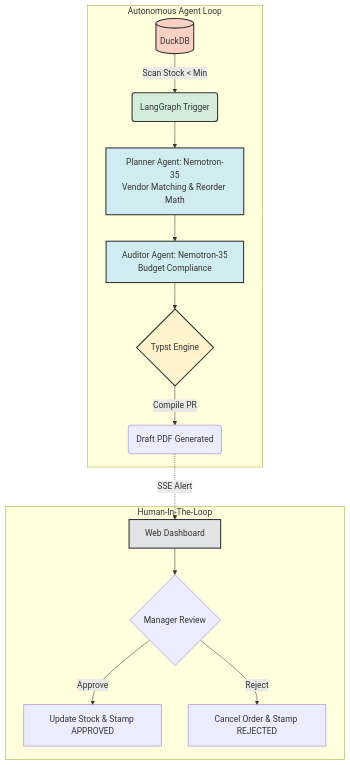
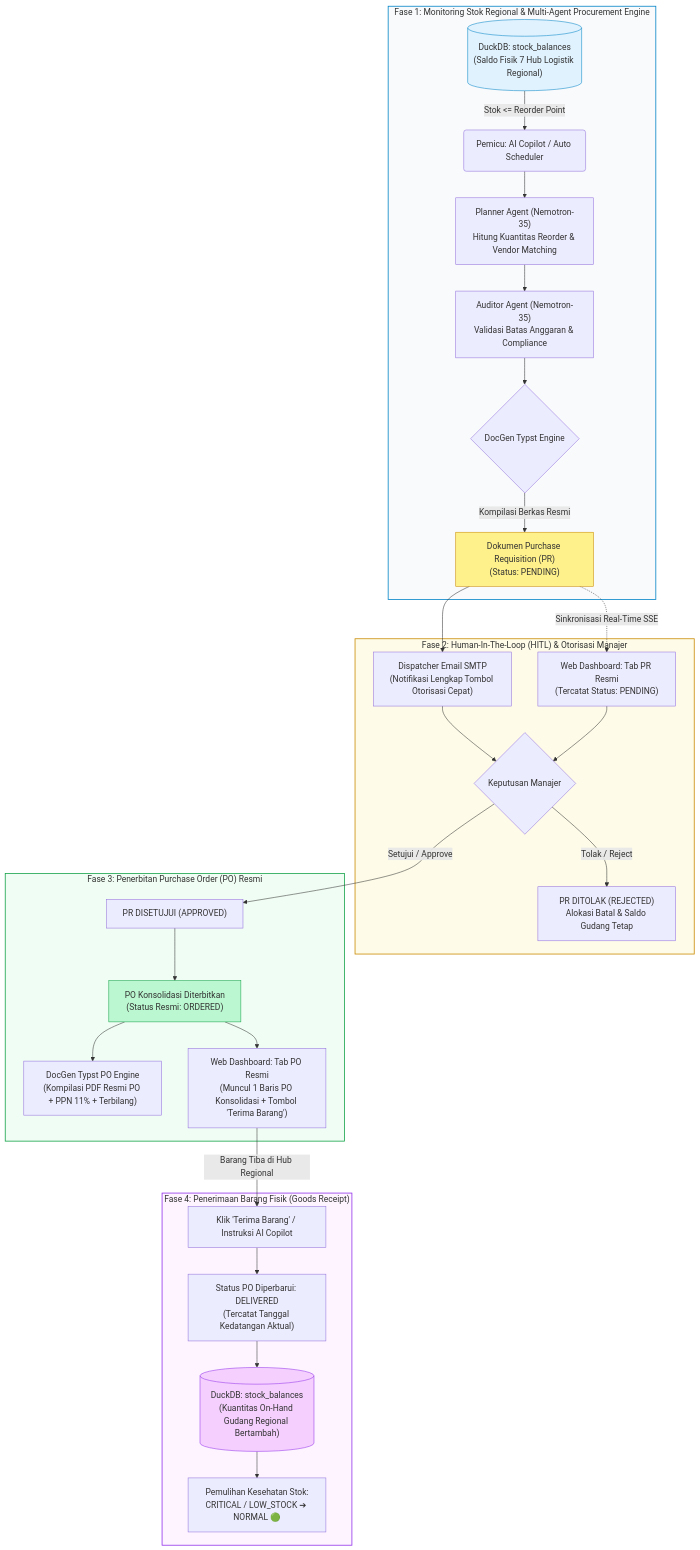
The diagram in README.md (daffaarigoh/AutoRestock-Agent), drawn with Mermaid before and after one commit. The commit also changed other lines of this file, not shown here.

Commit message:
docs: update README with perfected end-to-end multi-phase procurement flowchart and enterprise architecture

````diff
--- a/README.md
+++ b/README.md
@@ -40,24 +28,45 @@
 ```mermaid
 flowchart TD
-    subgraph Autonomous Agent Loop
-        A[(DuckDB)] -->|Scan Stock < Min| B(LangGraph Trigger)
-        B --> C[Planner Agent: Nemotron-35<br/>Vendor Matching & Reorder Math]
-        C --> D[Auditor Agent: Nemotron-35<br/>Budget Compliance]
-        D --> E{Typst Engine}
-        E -->|Compile PR| F(Draft PDF Generated)
+    %% FASE 1: MONITORING & MULTI-AGENT ORCHESTRATION
+    subgraph Phase1 ["Fase 1: Monitoring Stok Regional & Multi-Agent Procurement Engine"]
+        A[("DuckDB: stock_balances<br/>(Saldo Fisik 7 Hub Logistik Regional)")] -->|Stok <= Reorder Point| B("Pemicu: AI Copilot / Auto Scheduler")
+        B --> C["Planner Agent (Nemotron-35)<br/>Hitung Kuantitas Reorder & Vendor Matching"]
+        C --> D["Auditor Agent (Nemotron-35)<br/>Validasi Batas Anggaran & Compliance"]
+        D --> E{"DocGen Typst Engine"}
+        E -->|Kompilasi Berkas Resmi| F["Dokumen Purchase Requisition (PR)<br/>(Status: PENDING)"]
     end
-    
-    subgraph Human-In-The-Loop
-        F -.->|SSE Alert| G[Web Dashboard]
-        G --> H{Manager Review}
-        H -->|Approve| I[Update Stock & Stamp APPROVED]
-        H -->|Reject| J[Cancel Order & Stamp REJECTED]
+
+    %% FASE 2: HUMAN-IN-THE-LOOP APPROVAL
+    subgraph Phase2 ["Fase 2: Human-In-The-Loop (HITL) & Otorisasi Manajer"]
+        F --> G["Dispatcher Email SMTP<br/>(Notifikasi Lengkap Tombol Otorisasi Cepat)"]
+        F -.->|Sinkronisasi Real-Time SSE| H["Web Dashboard: Tab PR Resmi<br/>(Tercatat Status: PENDING)"]
+        G & H --> I{"Keputusan Manajer"}
+        I -->|Tolak / Reject| J["PR DITOLAK (REJECTED)<br/>Alokasi Batal & Saldo Gudang Tetap"]
     end
-    
-    style A fill:#f9d0c4,stroke:#333,stroke-width:2px
-    style B fill:#d4edda,stroke:#333,stroke-width:2px
-    style C fill:#d1ecf1,stroke:#333,stroke-width:2px
-    style D fill:#d1ecf1,stroke:#333,stroke-width:2px
-    style E fill:#fff3cd,stroke:#333,stroke-width:2px
-    style G fill:#e2e3e5,stroke:#333,stroke-width:2px
+
+    %% FASE 3: PO ISSUANCE
+    subgraph Phase3 ["Fase 3: Penerbitan Purchase Order (PO) Resmi"]
+        I -->|Setujui / Approve| K["PR DISETUJUI (APPROVED)"]
+        K --> L["PO Konsolidasi Diterbitkan<br/>(Status Resmi: ORDERED)"]
+        L --> M["DocGen Typst PO Engine<br/>(Kompilasi PDF Resmi PO + PPN 11% + Terbilang)"]
+        L --> N["Web Dashboard: Tab PO Resmi<br/>(Muncul 1 Baris PO Konsolidasi + Tombol 'Terima Barang')"]
+    end
+
+    %% FASE 4: GOODS RECEIPT & PHYSICAL REPLENISHMENT
+    subgraph Phase4 ["Fase 4: Penerimaan Barang Fisik (Goods Receipt)"]
+        N -->|Barang Tiba di Hub Regional| O["Klik 'Terima Barang' / Instruksi AI Copilot"]
+        O --> P["Status PO Diperbarui: DELIVERED<br/>(Tercatat Tanggal Kedatangan Aktual)"]
+        P --> Q[("DuckDB: stock_balances<br/>(Kuantitas On-Hand Gudang Regional Bertambah)")]
+        Q --> R["Pemulihan Kesehatan Stok:<br/>CRITICAL / LOW_STOCK ➔ NORMAL 🟢"]
+    end
+
+    %% STYLING
+    style Phase1 fill:#f8fafc,stroke:#0284c7,stroke-width:1.5px
+    style Phase2 fill:#fefce8,stroke:#ca8a04,stroke-width:1.5px
+    style Phase3 fill:#f0fdf4,stroke:#16a34a,stroke-width:1.5px
+    style Phase4 fill:#fdf4ff,stroke:#9333ea,stroke-width:1.5px
+    style A fill:#e0f2fe,stroke:#0284c7
+    style F fill:#fef08a,stroke:#ca8a04
+    style L fill:#bbf7d0,stroke:#16a34a
+    style Q fill:#f5d0fe,stroke:#9333ea
 ```
````
